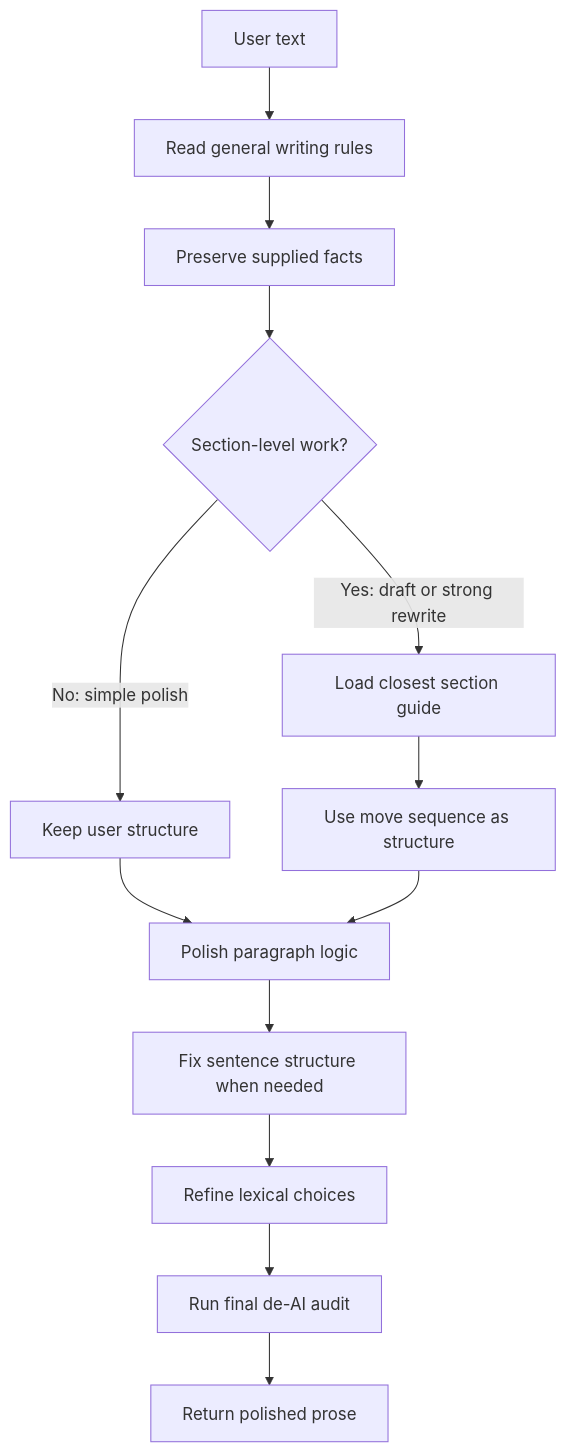
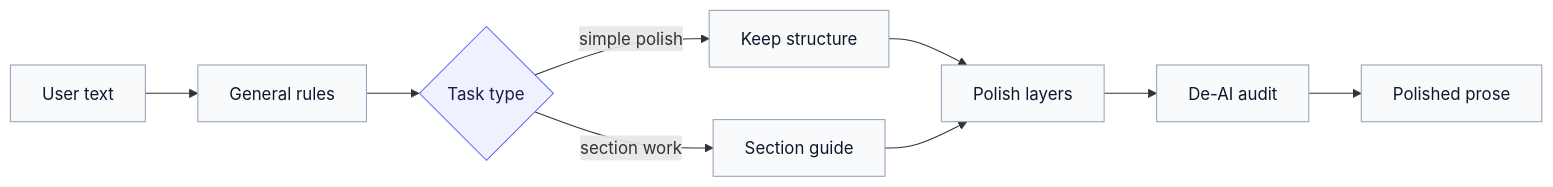
One commit to WangXiaojuann/Asset-pricing-writing-skill changed the diagram in README.md. Above: the diagram before and after it, drawn with Mermaid. The commit also changed other lines of this file, not shown here.

Commit message:
Simplify README workflow diagram

````diff
--- a/README.md
+++ b/README.md
@@ -16,15 +16,16 @@
 ```mermaid
-flowchart TD
-    A["User text"] --> B["Read general writing rules"]
-    B --> C["Preserve supplied facts"]
-    C --> D{"Section-level work?"}
-    D -- "No: simple polish" --> E["Keep user structure"]
-    D -- "Yes: draft or strong rewrite" --> F["Load closest section guide"]
-    F --> G["Use move sequence as structure"]
-    E --> H["Polish paragraph logic"]
-    G --> H
-    H --> I["Fix sentence structure when needed"]
-    I --> J["Refine lexical choices"]
-    J --> K["Run final de-AI audit"]
-    K --> L["Return polished prose"]
+flowchart LR
+    A["User text"] --> B["General rules"]
+    B --> C{"Task type"}
+    C -->|simple polish| D["Keep structure"]
+    C -->|section work| E["Section guide"]
+    D --> F["Polish layers"]
+    E --> F
+    F --> G["De-AI audit"]
+    G --> H["Polished prose"]
+
+    classDef step fill:#f8fafc,stroke:#94a3b8,color:#0f172a;
+    classDef decision fill:#eef2ff,stroke:#6366f1,color:#1e1b4b;
+    class A,B,D,E,F,G,H step;
+    class C decision;
 ```
````
